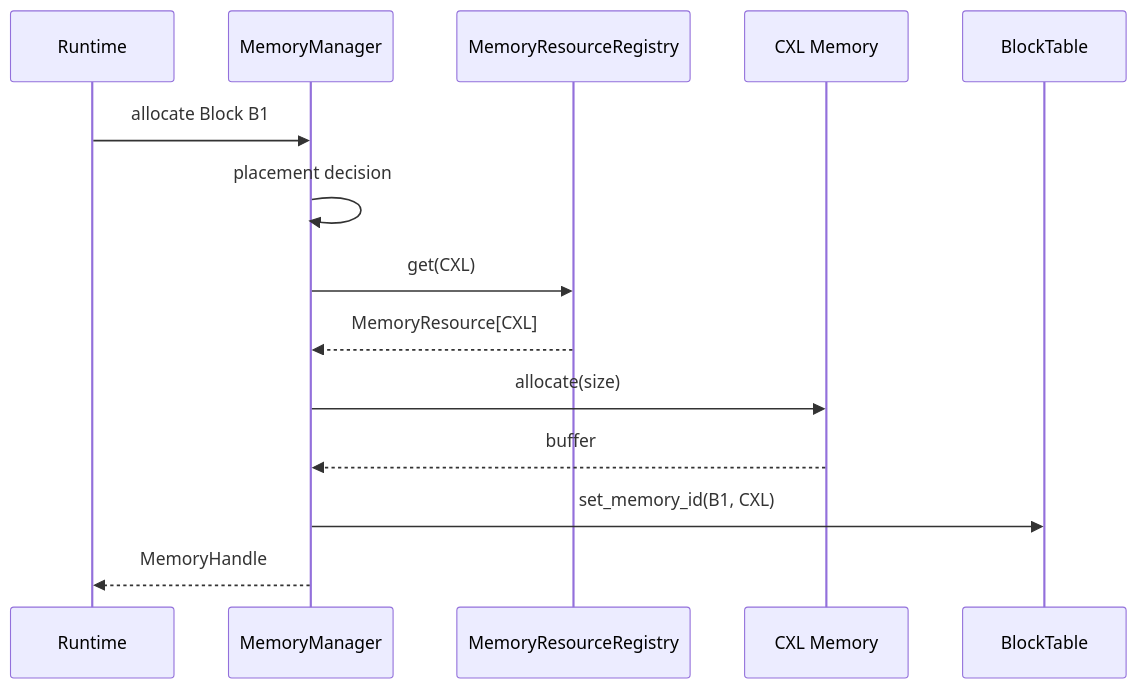
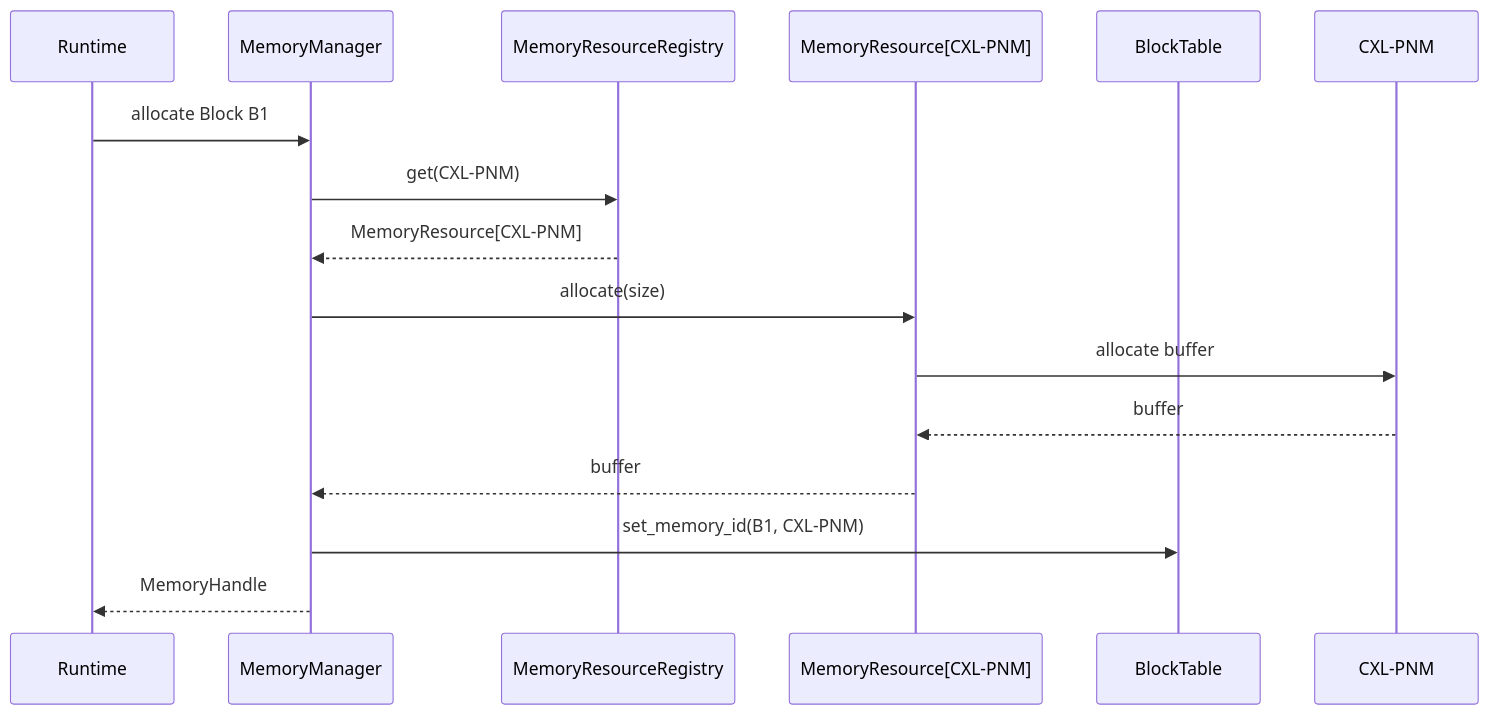
One commit to mkim0628/vllm changed the seventh of 8 diagrams in doc-mk/vllm-compute-capable-memory-candidates.md. Above: the diagram before and after it, drawn with Mermaid. The commit also changed other lines of this file, not shown here.

````diff
--- a/doc-mk/vllm-compute-capable-memory-candidates.md
+++ b/doc-mk/vllm-compute-capable-memory-candidates.md
@@ -582,17 +436,19 @@
 ```mermaid
 sequenceDiagram
     participant R as Runtime
     participant MM as MemoryManager
-    participant MR as MemoryResourceRegistry
-    participant MEM as CXL Memory
+    participant REG as MemoryResourceRegistry
+    participant MR as MemoryResource[CXL-PNM]
     participant BT as BlockTable
+    participant HW as CXL-PNM
 
     R->>MM: allocate Block B1
-    MM->>MM: placement decision
-    MM->>MR: get(CXL)
-    MR-->>MM: MemoryResource[CXL]
-    MM->>MEM: allocate(size)
-    MEM-->>MM: buffer
-    MM->>BT: set_memory_id(B1, CXL)
+    MM->>REG: get(CXL-PNM)
+    REG-->>MM: MemoryResource[CXL-PNM]
+    MM->>MR: allocate(size)
+    MR->>HW: allocate buffer
+    HW-->>MR: buffer
+    MR-->>MM: buffer
+    MM->>BT: set_memory_id(B1, CXL-PNM)
     MM-->>R: MemoryHandle
 ```
````
